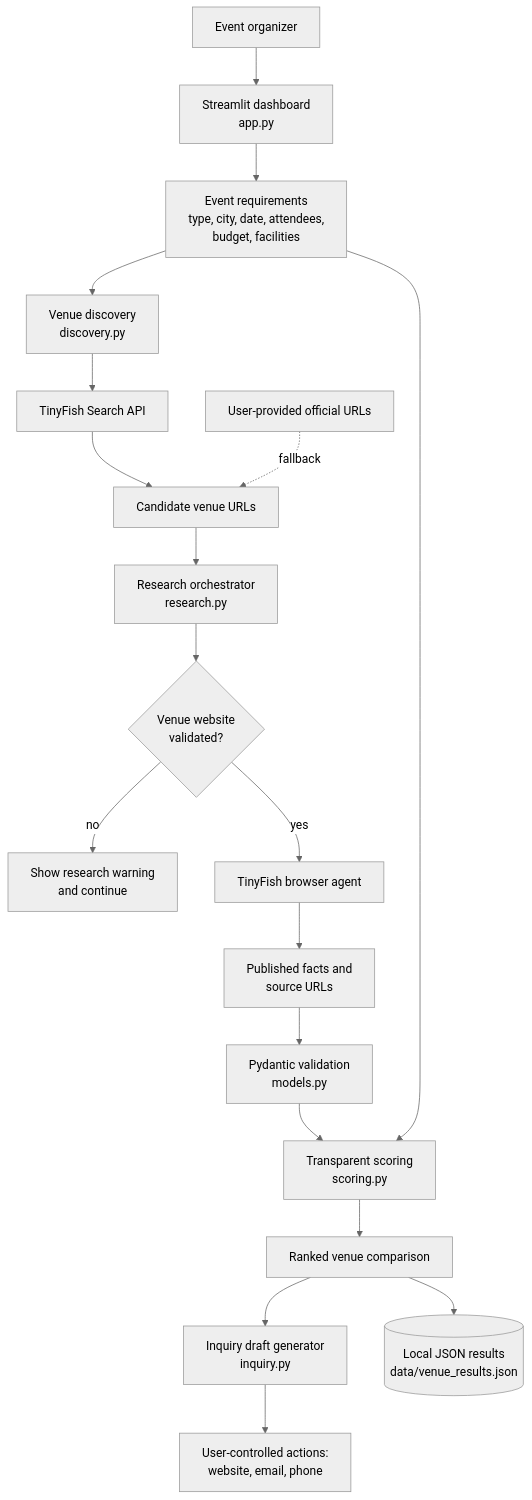
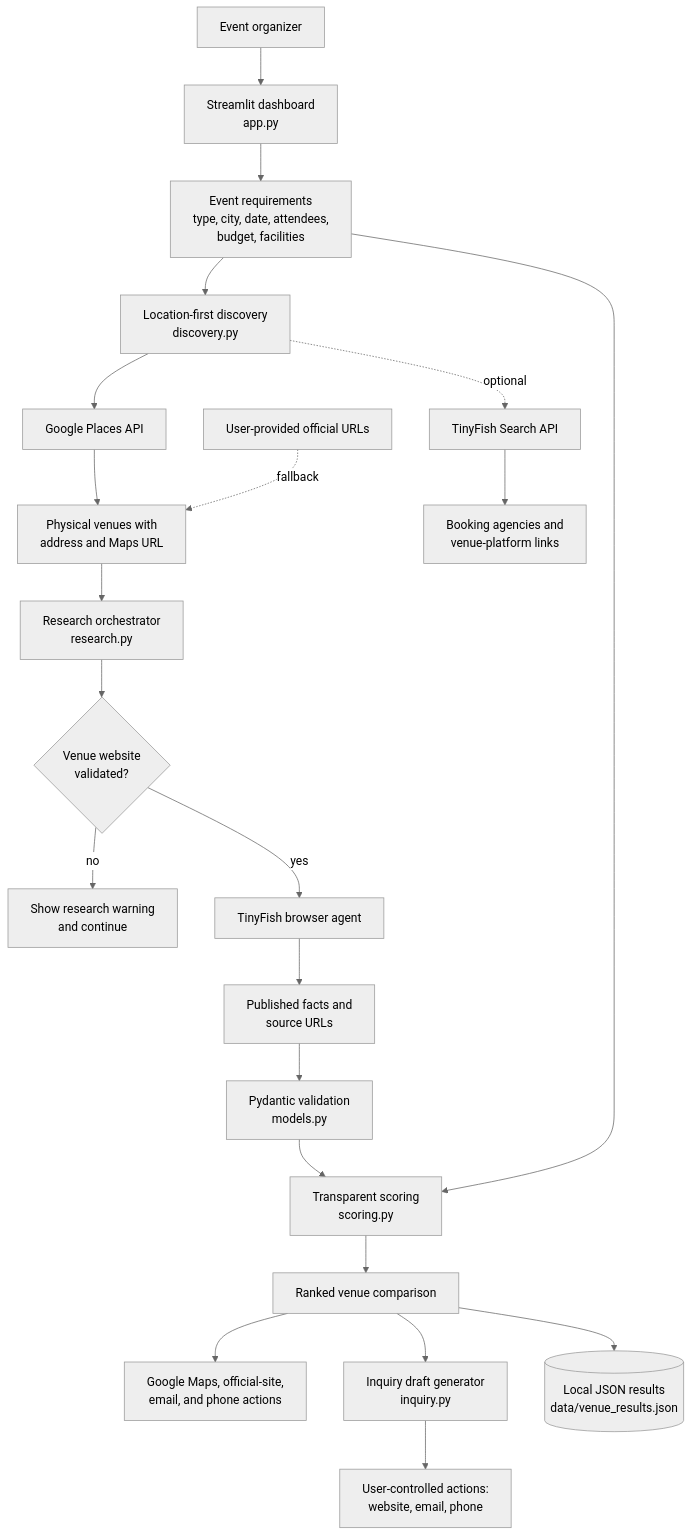
Before and after one commit to darshan1654/VenueScout-AI: the diagram in README.md, drawn with Mermaid (neutral theme). The commit also changed other lines of this file and 8 other files, not shown here.

Commit message:
Prioritize physical venue locations

````diff
--- a/README.md
+++ b/README.md
@@ -28,25 +29,28 @@
 ```mermaid
 flowchart TD
     U[Event organizer] --> UI[Streamlit dashboard<br/>app.py]
     UI --> R[Event requirements<br/>type, city, date, attendees,<br/>budget, facilities]
 
-    R --> D[Venue discovery<br/>discovery.py]
-    D --> S[TinyFish Search API]
-    S --> C[Candidate venue URLs]
+    R --> D[Location-first discovery<br/>discovery.py]
+    D --> G[Google Places API]
+    G --> C[Physical venues with<br/>address and Maps URL]
     F[User-provided official URLs] -. fallback .-> C
+    D -. optional .-> S[TinyFish Search API]
+    S --> BP[Booking agencies and<br/>venue-platform links]
 
     C --> OR[Research orchestrator<br/>research.py]
     OR --> V{Venue website<br/>validated?}
     V -- no --> E[Show research warning<br/>and continue]
     V -- yes --> B[TinyFish browser agent]
     B --> X[Published facts and<br/>source URLs]
 
     X --> P[Pydantic validation<br/>models.py]
     P --> SC[Transparent scoring<br/>scoring.py]
     R --> SC
     SC --> O[Ranked venue comparison]
 
+    O --> M[Google Maps, official-site,<br/>email, and phone actions]
     O --> I[Inquiry draft generator<br/>inquiry.py]
     I --> A[User-controlled actions:<br/>website, email, phone]
     O --> J[(Local JSON results<br/>data/venue_results.json)]
 ```
````
